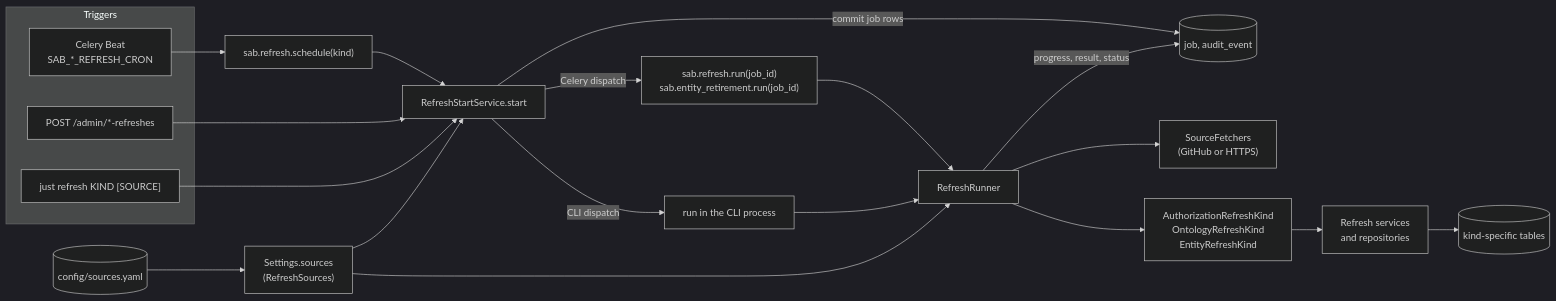
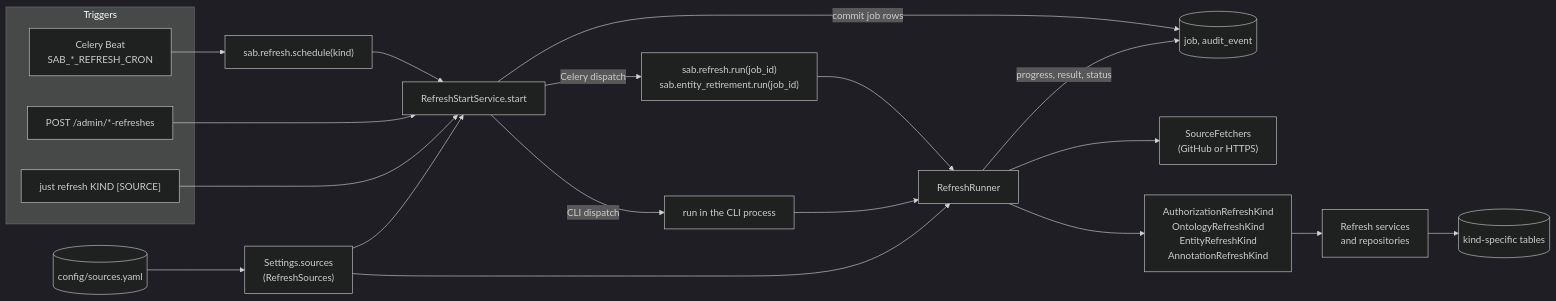
Before and after one commit to geneontology/standard-annotation-backend: the first of 5 diagrams in docs/refresh-infrastructure.md, drawn with Mermaid (dark theme). The commit also changed other lines of this file and 51 other files, not shown here.

````diff
--- a/docs/refresh-infrastructure.md
+++ b/docs/refresh-infrastructure.md
@@ -24,29 +30,29 @@
 ```mermaid
 flowchart LR
     subgraph Triggers
         beat["Celery Beat<br/>SAB_*_REFRESH_CRON"]
         api["POST /admin/*-refreshes"]
         cli["just refresh KIND [SOURCE]"]
     end
 
     yaml[("config/sources.yaml")] --> settings["Settings.sources<br/>(RefreshSources)"]
 
     beat --> sched["sab.refresh.schedule(kind)"]
     sched --> start["RefreshStartService.start"]
     api --> start
     cli --> start
     settings --> start
 
     start -->|"commit job rows"| jobs[("job, audit_event")]
     start -->|"Celery dispatch"| run["sab.refresh.run(job_id)<br/>sab.entity_retirement.run(job_id)"]
     start -->|"CLI dispatch"| inproc["run in the CLI process"]
 
     run --> runner["RefreshRunner"]
     inproc --> runner
     settings --> runner
     runner --> fetch["SourceFetchers<br/>(GitHub or HTTPS)"]
-    runner --> kinds["AuthorizationRefreshKind<br/>OntologyRefreshKind<br/>EntityRefreshKind"]
+    runner --> kinds["AuthorizationRefreshKind<br/>OntologyRefreshKind<br/>EntityRefreshKind<br/>AnnotationRefreshKind"]
     kinds --> services["Refresh services<br/>and repositories"]
     services --> tables[("kind-specific tables")]
     runner -->|"progress, result, status"| jobs
 ```
````
